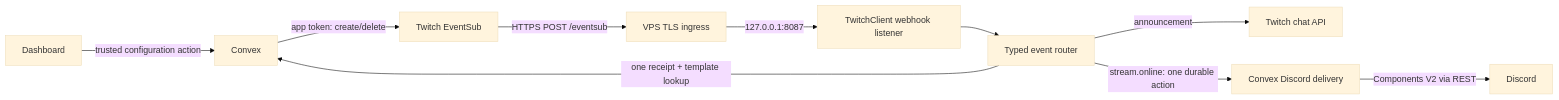
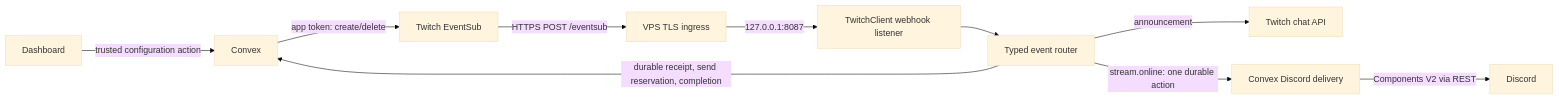
Before and after one commit to jcodog/Cleo: the diagram in docs/twitch/architecture.md, drawn with Mermaid (base theme). The commit also changed other lines of this file and 51 other files, not shown here.

First line of the commit message:
fix(twitch): address EventSub architecture review findings

````diff
--- a/docs/twitch/architecture.md
+++ b/docs/twitch/architecture.md
@@ -5,12 +5,12 @@
 ```mermaid
 flowchart LR
   Dashboard -->|trusted configuration action| Convex
   Convex -->|app token: create/delete| EventSub[Twitch EventSub]
   EventSub -->|HTTPS POST /eventsub| Proxy[VPS TLS ingress]
   Proxy -->|127.0.0.1:8087| Client[TwitchClient webhook listener]
   Client --> Router[Typed event router]
-  Router -->|one receipt + template lookup| Convex
+  Router -->|durable receipt, send reservation, completion| Convex
   Router -->|announcement| Chat[Twitch chat API]
   Router -->|stream.online: one durable action| Delivery[Convex Discord delivery]
   Delivery -->|Components V2 via REST| Discord
 ```
````
